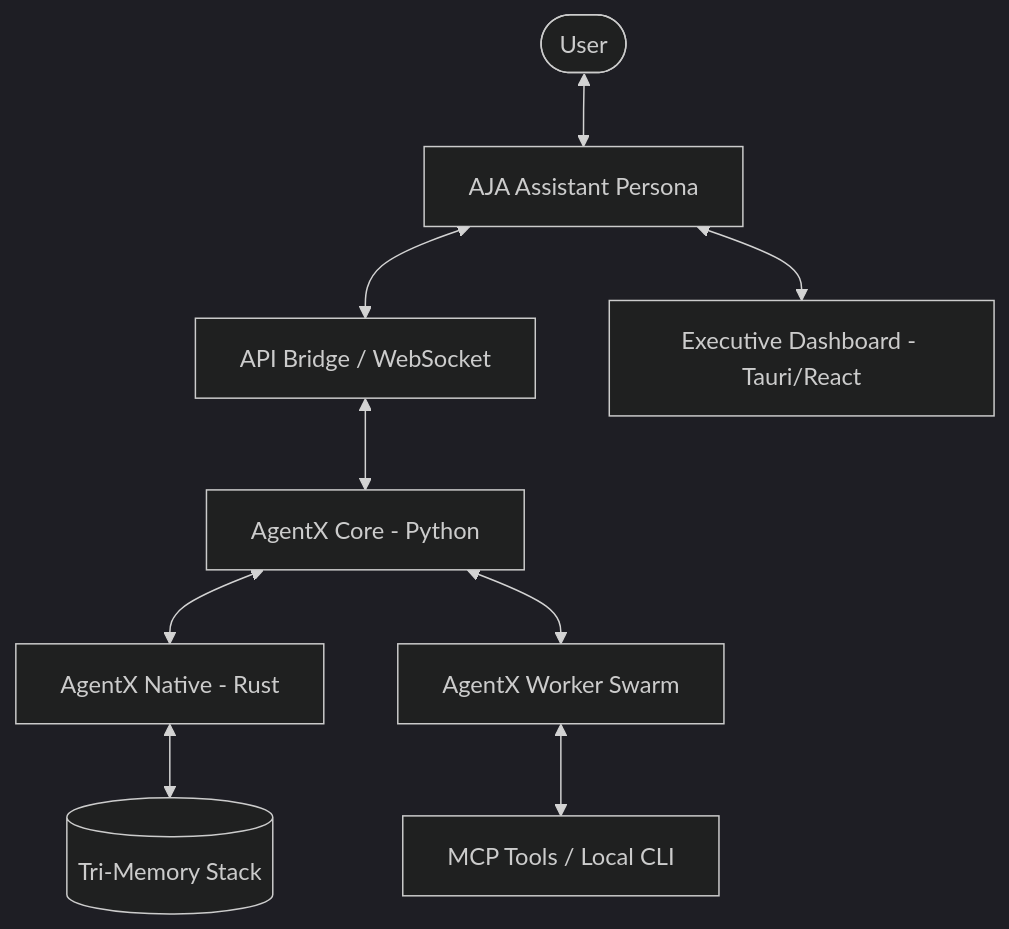
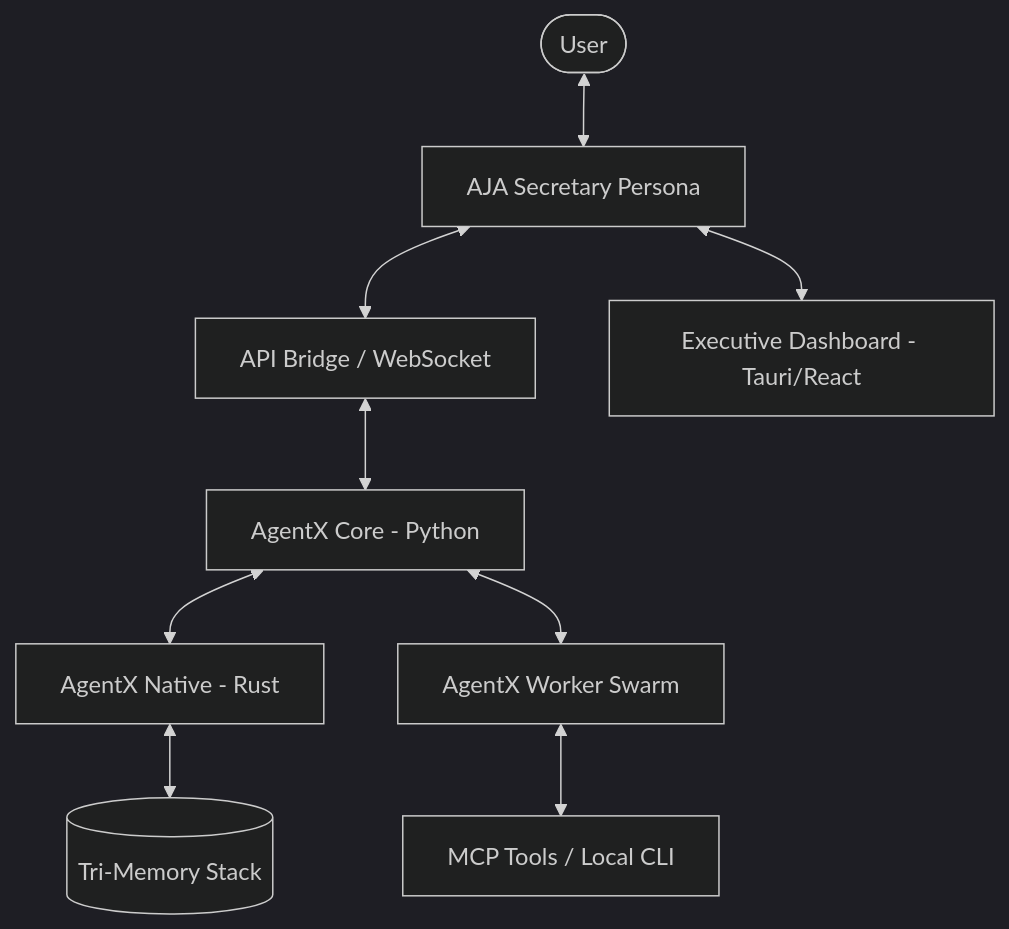
Before and after one commit to anixes/AJA: the diagram in docs/ARCHITECTURE.md, drawn with Mermaid (dark theme). The commit also changed other lines of this file and 395 other files, not shown here.

````diff
--- a/docs/ARCHITECTURE.md
+++ b/docs/ARCHITECTURE.md
@@ -11,11 +12,11 @@
 ```mermaid
 graph TD
-    User([User]) <--> AJA[AJA Assistant Persona]
+    User([User]) <--> AJA[AJA Secretary Persona]
     AJA <--> Bridge[API Bridge / WebSocket]
     Bridge <--> Core[AgentX Core - Python]
     Core <--> Native[AgentX Native - Rust]
     Native <--> Memory[(Tri-Memory Stack)]
     Core <--> Swarm[AgentX Worker Swarm]
     Swarm <--> Tools[MCP Tools / Local CLI]
     AJA <--> Dash[Executive Dashboard - Tauri/React]
 ```
````
